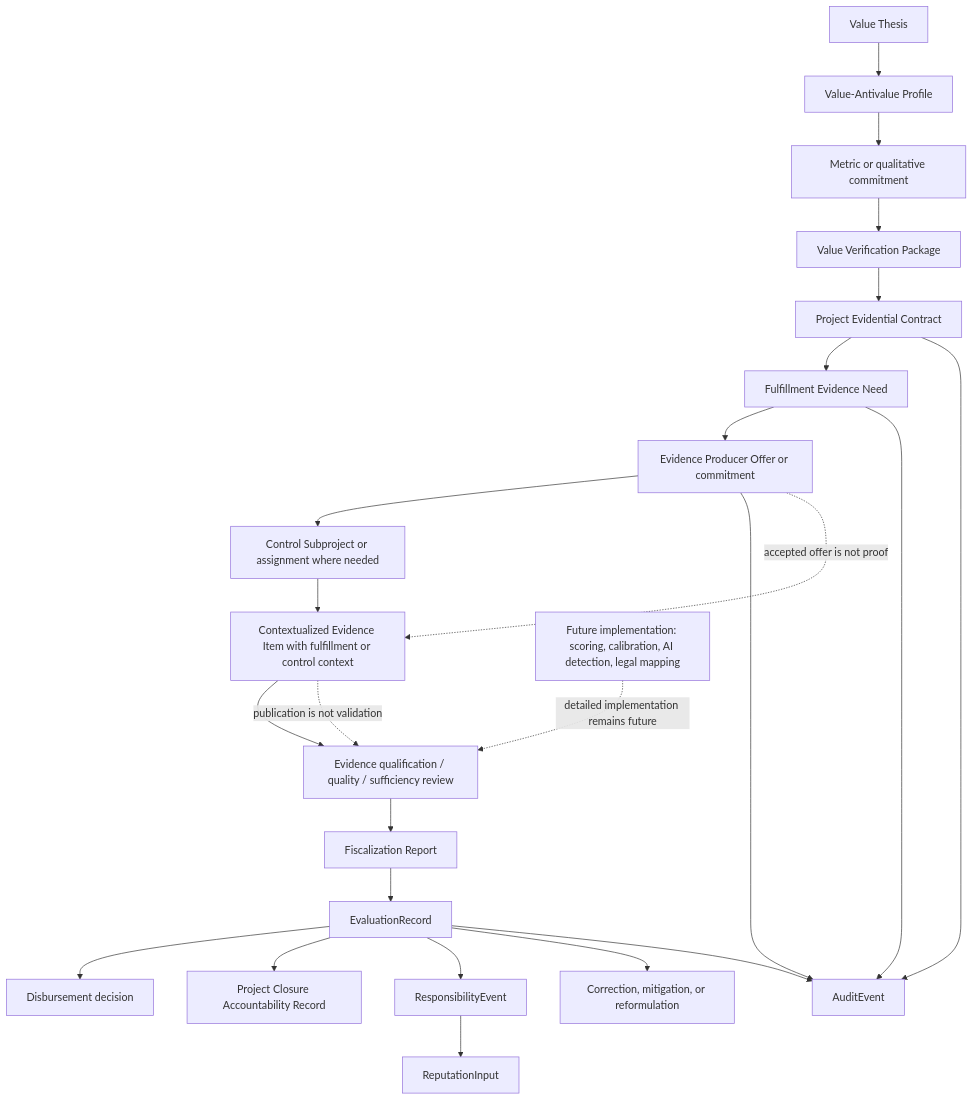
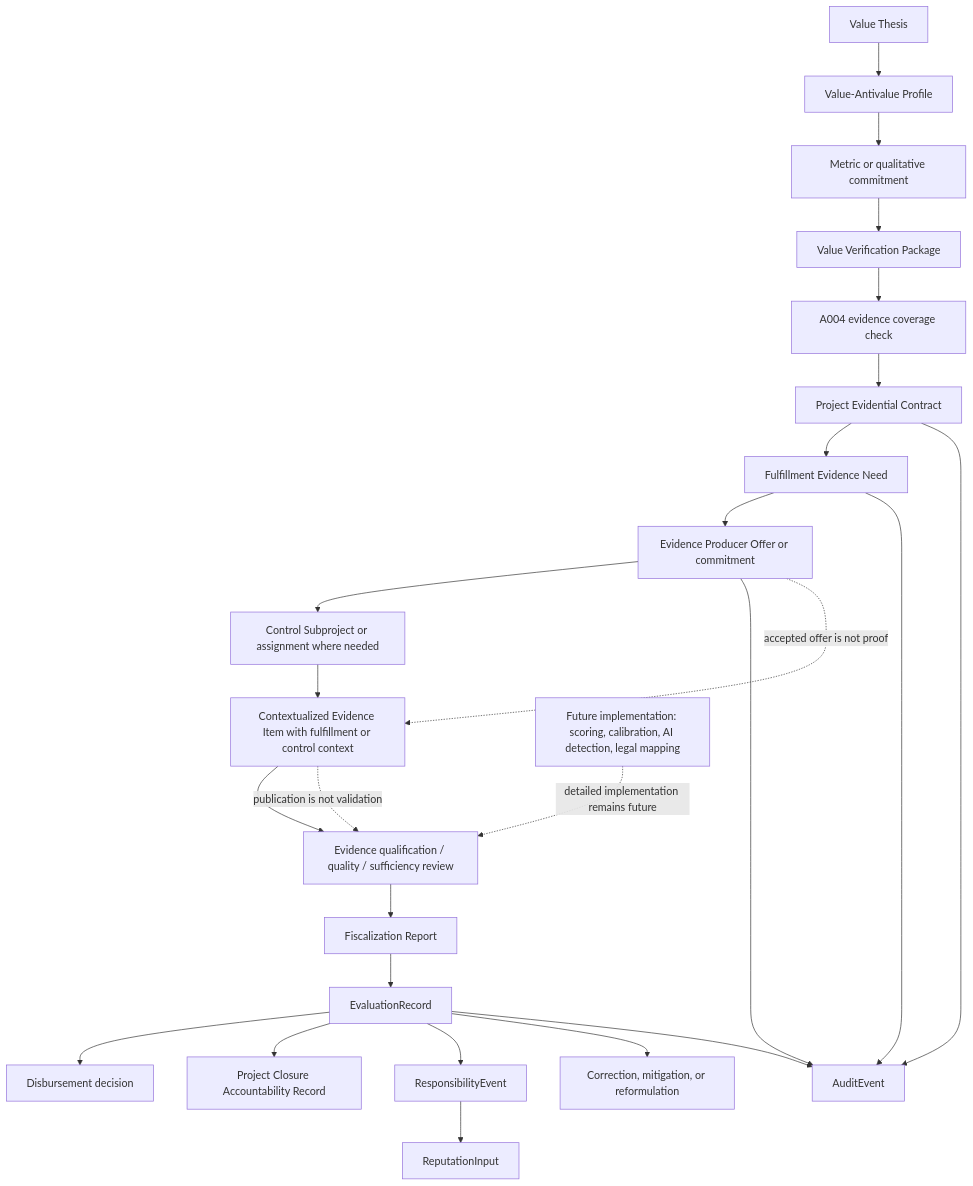
Before and after one commit to moffermann/distributed-governance-research: the third of 3 diagrams in docs/diagrams/v0-project-evidential-contract-state.md, drawn with Mermaid. The commit also changed other lines of this file and 34 other files, not shown here.

First line of the commit message:
Propagate A004 evidence coverage checks

````diff
--- a/docs/diagrams/v0-project-evidential-contract-state.md
+++ b/docs/diagrams/v0-project-evidential-contract-state.md
@@ -134,47 +137,49 @@
 ```mermaid
 flowchart TD
     VT[Value Thesis]
     VAP[Value-Antivalue Profile]
     M[Metric or qualitative commitment]
     VVP[Value Verification Package]
+    COV[A004 evidence coverage check]
     PEC[Project Evidential Contract]
     FEN[Fulfillment Evidence Need]
     EO[Evidence Producer Offer or commitment]
     CP[Control Subproject or assignment where needed]
     CEI[Contextualized Evidence Item with fulfillment or control context]
     EQ[Evidence qualification / quality / sufficiency review]
     FR[Fiscalization Report]
     ER[EvaluationRecord]
     DIS[Disbursement decision]
     CL[Project Closure Accountability Record]
     RE[ResponsibilityEvent]
     RI[ReputationInput]
     COR[Correction, mitigation, or reformulation]
     OQ[Future implementation: scoring, calibration, AI detection, legal mapping]
     AUD[AuditEvent]
 
     VT --> VAP
     VAP --> M
     M --> VVP
-    VVP --> PEC
+    VVP --> COV
+    COV --> PEC
     PEC --> FEN
     FEN --> EO
     EO --> CP
     CP --> CEI
     CEI --> EQ
     EQ --> FR
     FR --> ER
     ER --> DIS
     ER --> CL
     ER --> RE
     RE --> RI
     ER --> COR
     PEC --> AUD
     FEN --> AUD
     EO --> AUD
     ER --> AUD
 
     OQ -. detailed implementation remains future .-> EQ
     CEI -. publication is not validation .-> EQ
     EO -. accepted offer is not proof .-> CEI
 ```
````
